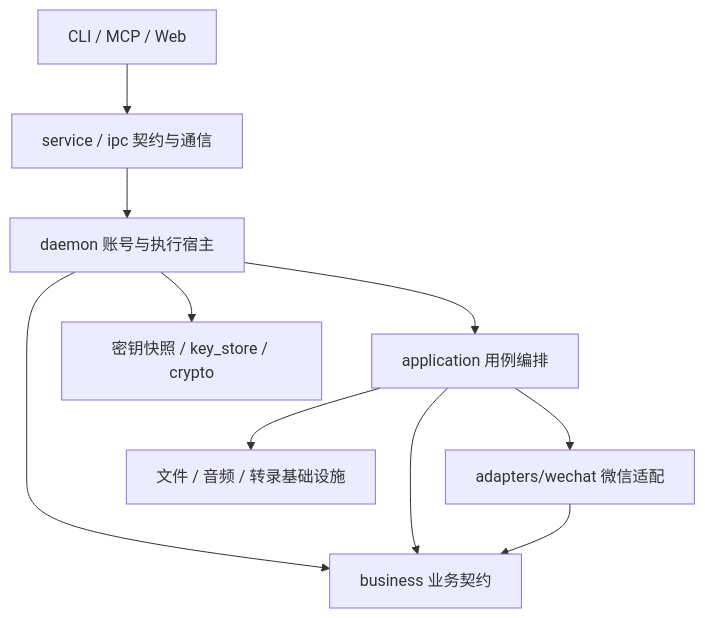
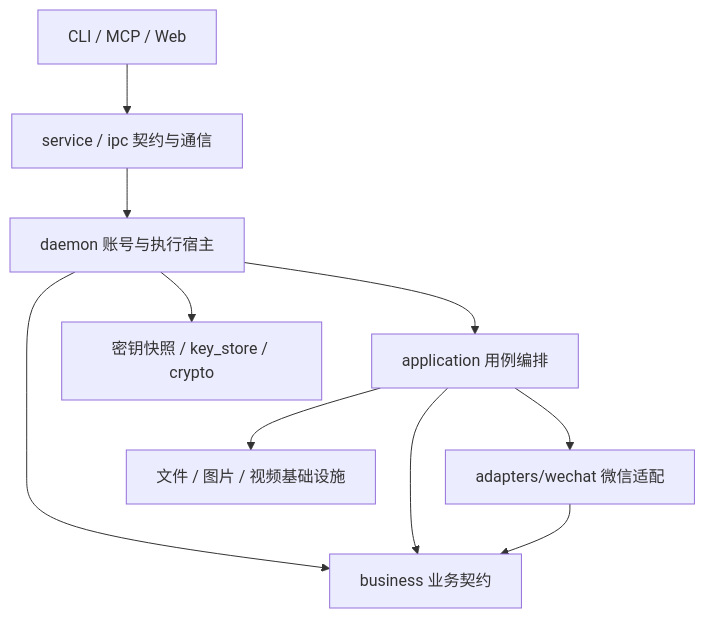
One commit to leyan2174/wx-workbench changed the first of 2 diagrams in docs/architecture.md. Above: the diagram before and after it, drawn with Mermaid. The commit also changed other lines of this file and 256 other files, not shown here.

````diff
--- a/docs/architecture.md
+++ b/docs/architecture.md
@@ -19,12 +19,12 @@
 ```mermaid
 flowchart TB
     E[CLI / MCP / Web] --> S[service / ipc 契约与通信]
     S --> D[daemon 账号与执行宿主]
     D --> A[application 用例编排]
     D --> B[business 业务契约]
     A --> B
     A --> W[adapters/wechat 微信适配]
     W --> B
-    A --> I[文件 / 音频 / 转录基础设施]
+    A --> I[文件 / 图片 / 视频基础设施]
     D --> K[密钥快照 / key_store / crypto]
 ```
````
